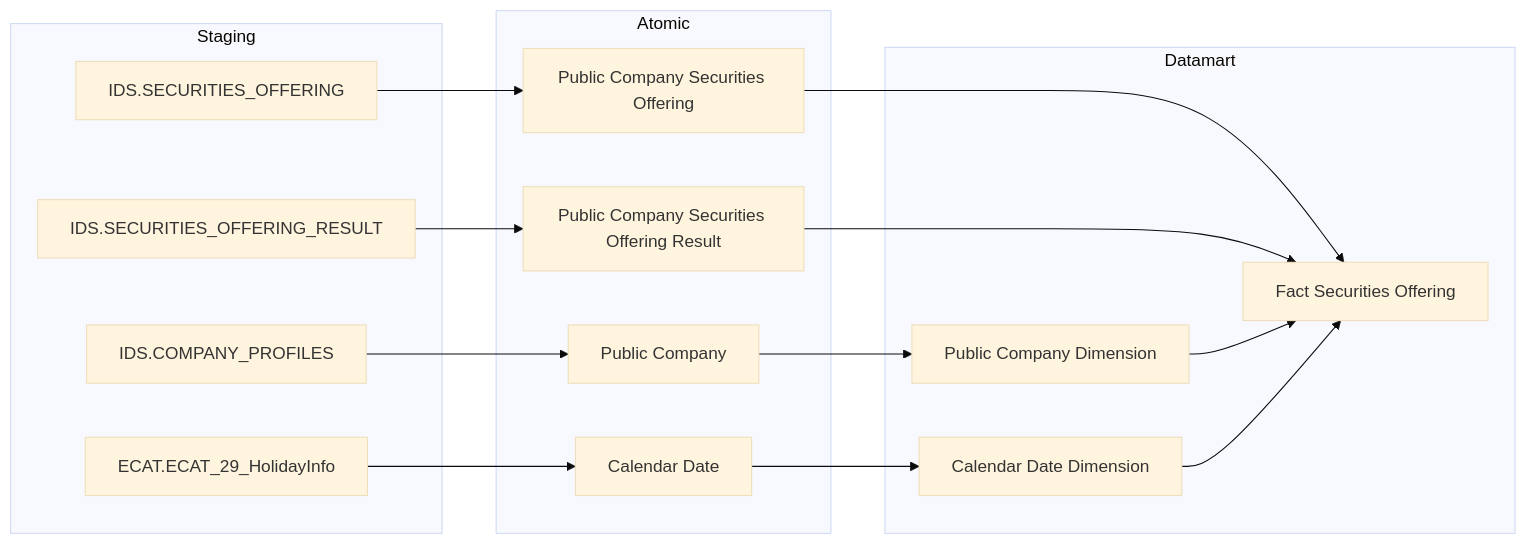
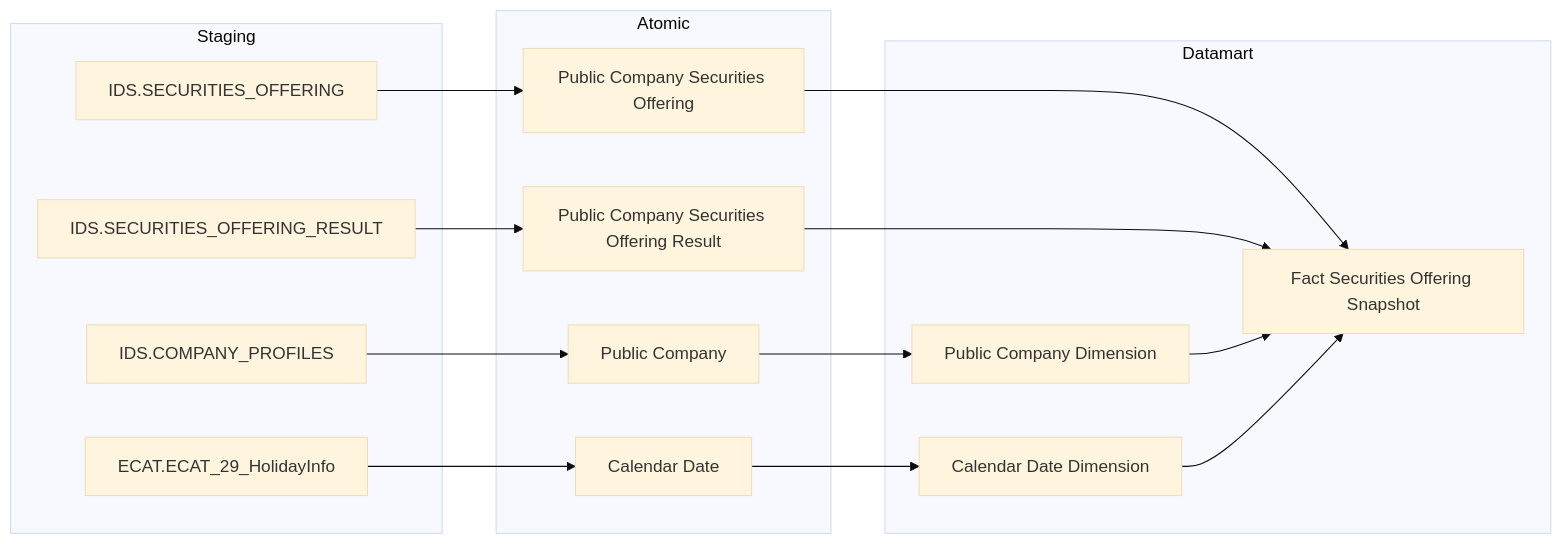
One commit to linhlvit/ubck_atomic_design changed the first of 22 diagrams in Datamart/hld/DTM_QLCB_HLD.md. Above: the diagram before and after it, drawn with Mermaid (base theme). The commit also changed other lines of this file and 70 other files, not shown here.

````diff
--- a/Datamart/hld/DTM_QLCB_HLD.md
+++ b/Datamart/hld/DTM_QLCB_HLD.md
@@ -25,35 +25,35 @@
 ```mermaid
 flowchart LR
     subgraph SRC["Staging"]
         IDS_SECURITIES_OFFERING["IDS.SECURITIES_OFFERING"]
         IDS_SECURITIES_OFFERING_RESULT["IDS.SECURITIES_OFFERING_RESULT"]
         IDS_COMPANY_PROFILES["IDS.COMPANY_PROFILES"]
         ECAT_ECAT_29_HolidayInfo["ECAT.ECAT_29_HolidayInfo"]
     end
 
     subgraph SIL["Atomic"]
         Public_Company_Securities_Offering["Public Company Securities Offering"]
         Public_Company_Securities_Offering_Result["Public Company Securities Offering Result"]
         Public_Company["Public Company"]
         Calendar_Date["Calendar Date"]
     end
 
     subgraph GOLD["Datamart"]
-        fct_securities_offering["Fact Securities Offering"]
+        fct_securities_offering_snpst["Fact Securities Offering Snapshot"]
         public_company_dim["Public Company Dimension"]
         cdr_dt_dim["Calendar Date Dimension"]
     end
 
     IDS_SECURITIES_OFFERING --> Public_Company_Securities_Offering
     IDS_SECURITIES_OFFERING_RESULT --> Public_Company_Securities_Offering_Result
     IDS_COMPANY_PROFILES --> Public_Company
     ECAT_ECAT_29_HolidayInfo --> Calendar_Date
 
-    Public_Company_Securities_Offering --> fct_securities_offering
-    Public_Company_Securities_Offering_Result --> fct_securities_offering
+    Public_Company_Securities_Offering --> fct_securities_offering_snpst
+    Public_Company_Securities_Offering_Result --> fct_securities_offering_snpst
     Public_Company --> public_company_dim
     Calendar_Date --> cdr_dt_dim
 
-    public_company_dim --> fct_securities_offering
-    cdr_dt_dim --> fct_securities_offering
+    public_company_dim --> fct_securities_offering_snpst
+    cdr_dt_dim --> fct_securities_offering_snpst
 ```
````
